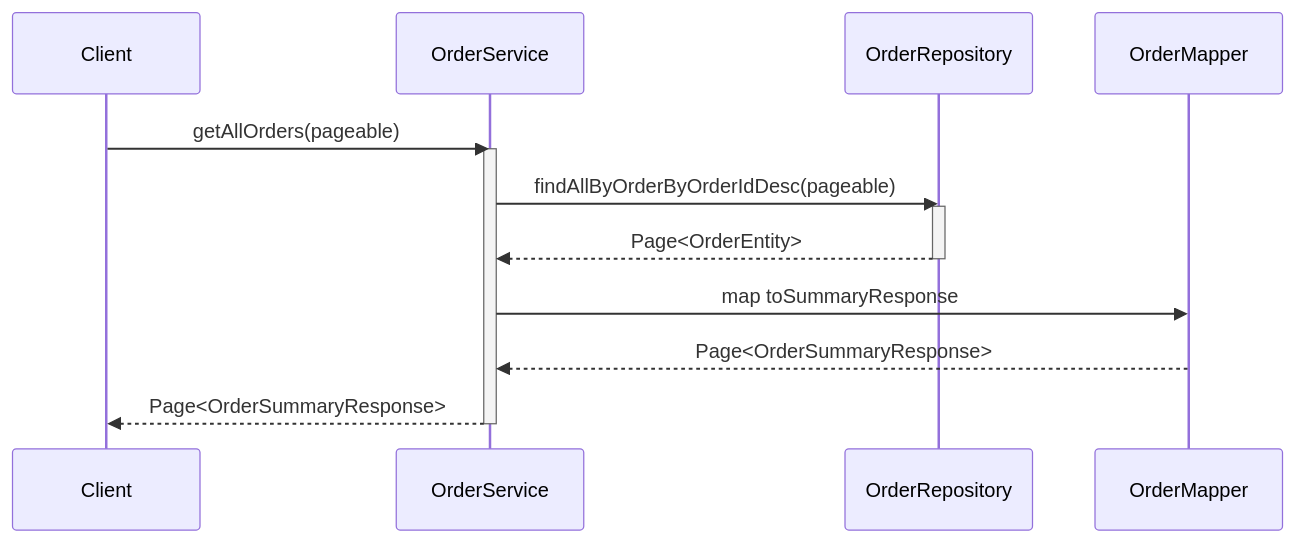
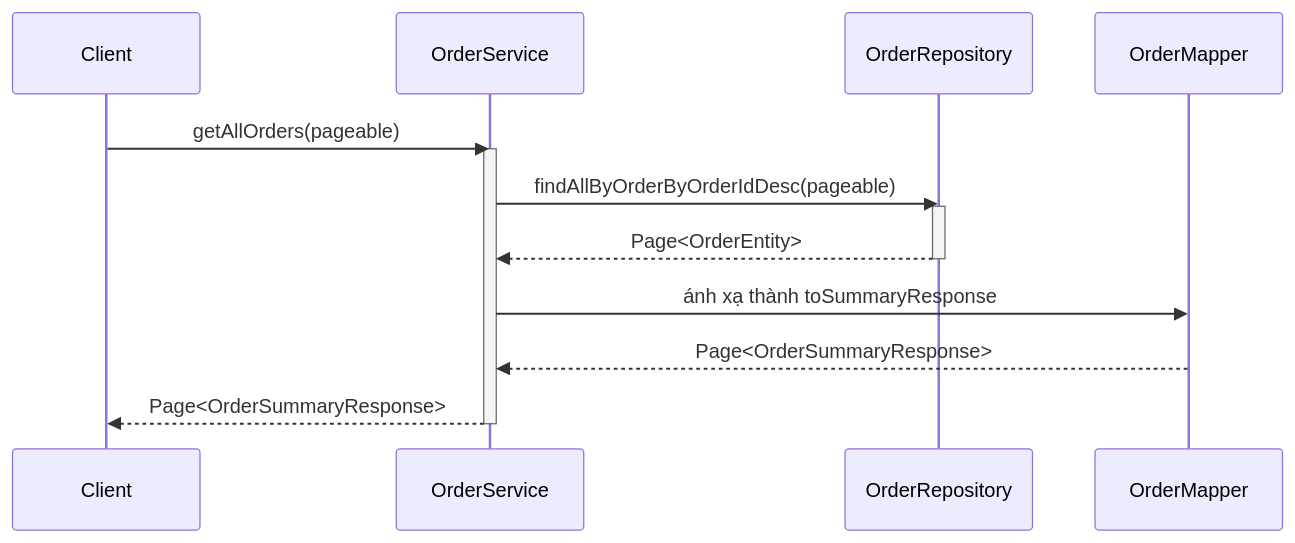
One commit to aquoc09/easymall changed the fifth of 7 diagrams in .agent/sequence/order_service_sequence_diagrams.md. Above: the diagram before and after it, drawn with Mermaid. The commit also changed other lines of this file and 18 other files, not shown here.

Commit message:
UPDATE: Sequence diagram vietnamese

````diff
--- a/.agent/sequence/order_service_sequence_diagrams.md
+++ b/.agent/sequence/order_service_sequence_diagrams.md
@@ -204,21 +204,21 @@
 ```mermaid
 sequenceDiagram
     participant Client
     participant OrderService
     participant OrderRepository
     participant OrderMapper
 
     Client->>OrderService: getAllOrders(pageable)
     activate OrderService
 
     OrderService->>OrderRepository: findAllByOrderByOrderIdDesc(pageable)
     activate OrderRepository
     OrderRepository-->>OrderService: Page<OrderEntity>
     deactivate OrderRepository
 
-    OrderService->>OrderMapper: map toSummaryResponse
+    OrderService->>OrderMapper: ánh xạ thành toSummaryResponse
     OrderMapper-->>OrderService: Page<OrderSummaryResponse>
 
     OrderService-->>Client: Page<OrderSummaryResponse>
     deactivate OrderService
 ```
````
